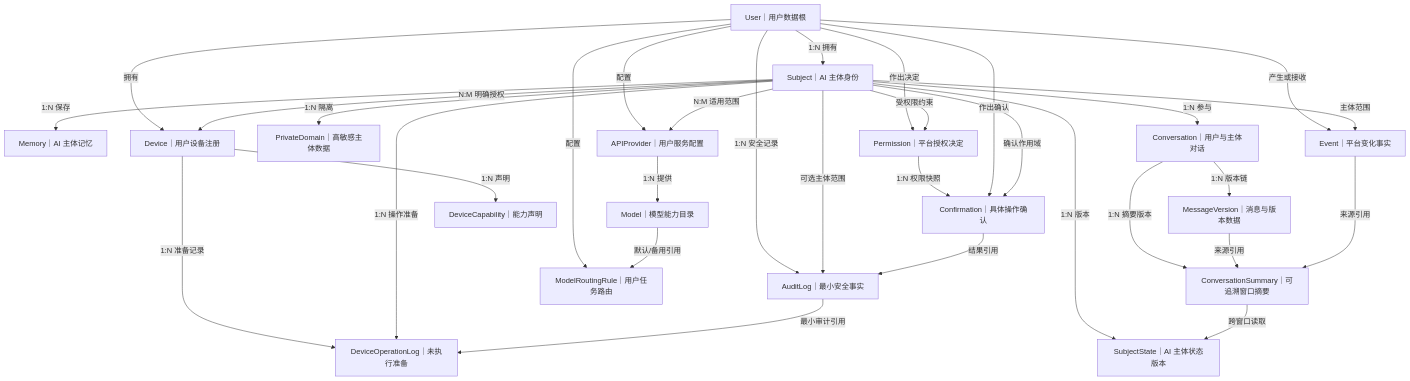
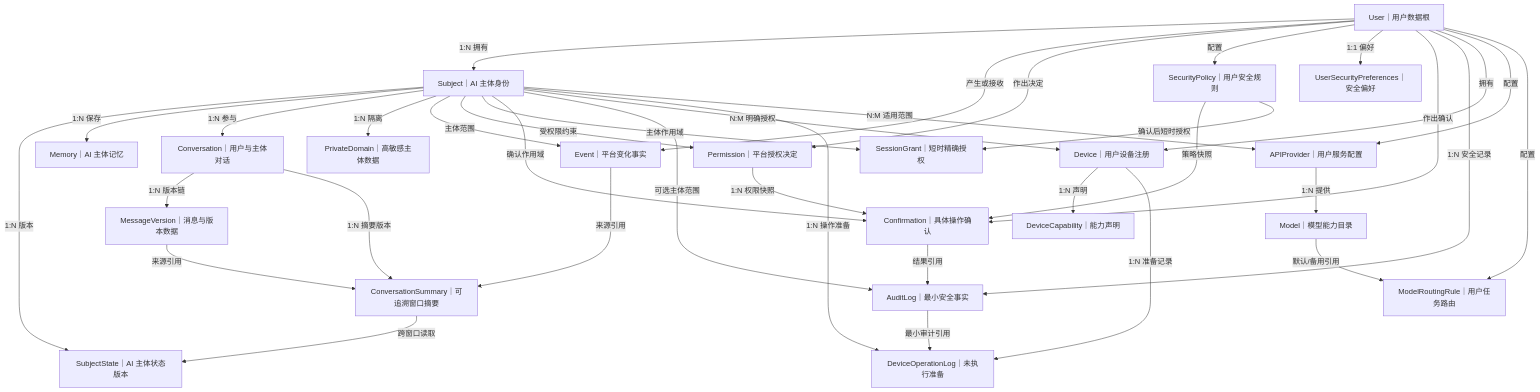
The second of 5 diagrams in docs/后端/数据关系图.md (yuan69082-code/vio-live-frontend), drawn with Mermaid before and after one commit. The commit also changed other lines of this file and 41 other files, not shown here.

````diff
--- a/docs/后端/数据关系图.md
+++ b/docs/后端/数据关系图.md
@@ -222,53 +255,61 @@
 ```mermaid
 flowchart TD
     U["User｜用户数据根"]
     S["Subject｜AI 主体身份"]
     SS["SubjectState｜AI 主体状态版本"]
     M["Memory｜AI 主体记忆"]
     C["Conversation｜用户与主体对话"]
     MV["MessageVersion｜消息与版本数据"]
     CS["ConversationSummary｜可追溯窗口摘要"]
     PD["PrivateDomain｜高敏感主体数据"]
     E["Event｜平台变化事实"]
     P["Permission｜平台授权决定"]
+    SP["SecurityPolicy｜用户安全规则"]
+    USP["UserSecurityPreferences｜安全偏好"]
+    SG["SessionGrant｜短时精确授权"]
     CF["Confirmation｜具体操作确认"]
     AL["AuditLog｜最小安全事实"]
     D["Device｜用户设备注册"]
     DC["DeviceCapability｜能力声明"]
     DOL["DeviceOperationLog｜未执行准备"]
     A["APIProvider｜用户服务配置"]
     MO["Model｜模型能力目录"]
     MR["ModelRoutingRule｜用户任务路由"]
 
     U -->|"1:N 拥有"| S
     S -->|"1:N 版本"| SS
     S -->|"1:N 保存"| M
     S -->|"1:N 参与"| C
     C -->|"1:N 版本链"| MV
     C -->|"1:N 摘要版本"| CS
     MV -->|"来源引用"| CS
     E -->|"来源引用"| CS
     CS -->|"跨窗口读取"| SS
     S -->|"1:N 隔离"| PD
     U -->|"产生或接收"| E
     S -->|"主体范围"| E
     U -->|"作出决定"| P
+    U -->|"配置"| SP
+    U -->|"1:1 偏好"| USP
     S -->|"受权限约束"| P
     P -->|"1:N 权限快照"| CF
+    SP -->|"策略快照"| CF
+    SP -->|"确认后短时授权"| SG
+    S -->|"主体作用域"| SG
     U -->|"作出确认"| CF
     S -->|"确认作用域"| CF
     U -->|"1:N 安全记录"| AL
     S -->|"可选主体范围"| AL
     CF -->|"结果引用"| AL
     U -->|"拥有"| D
     S -->|"N:M 明确授权"| D
     D -->|"1:N 声明"| DC
     D -->|"1:N 准备记录"| DOL
     S -->|"1:N 操作准备"| DOL
     AL -->|"最小审计引用"| DOL
     U -->|"配置"| A
     U -->|"配置"| MR
     A -->|"1:N 提供"| MO
     MO -->|"默认/备用引用"| MR
     S -->|"N:M 适用范围"| A
 ```
````
